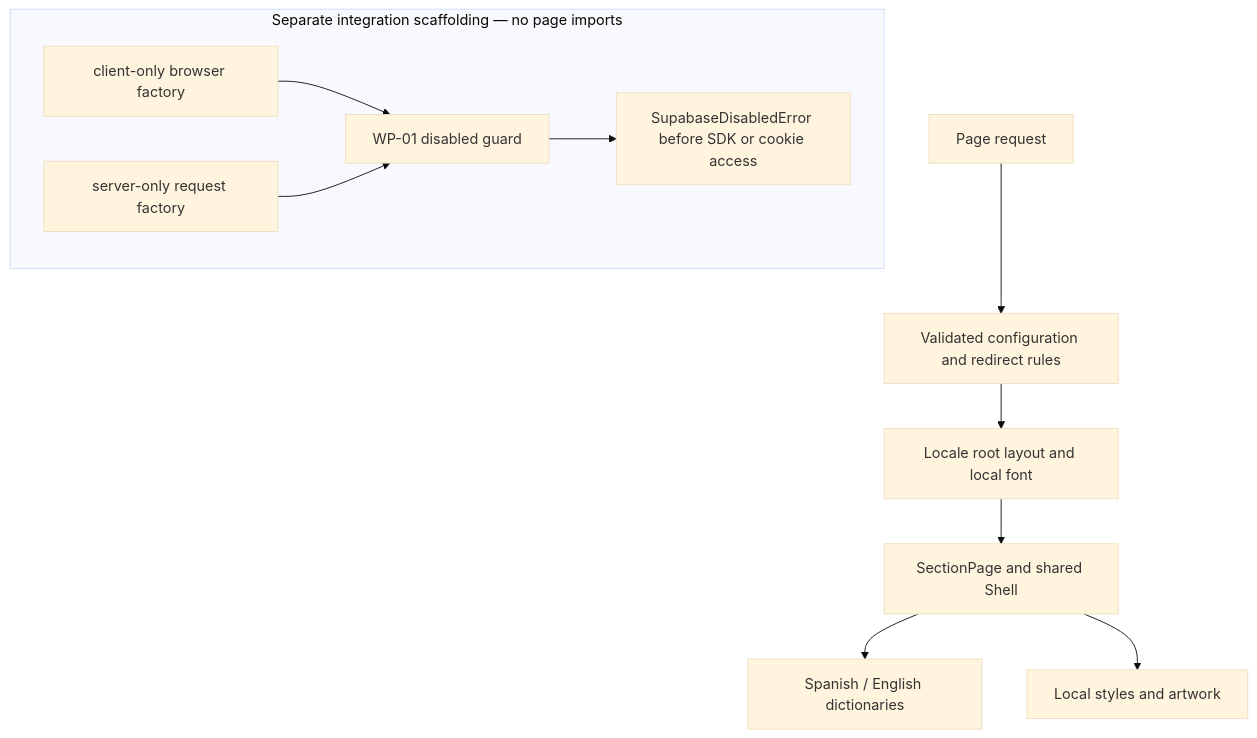
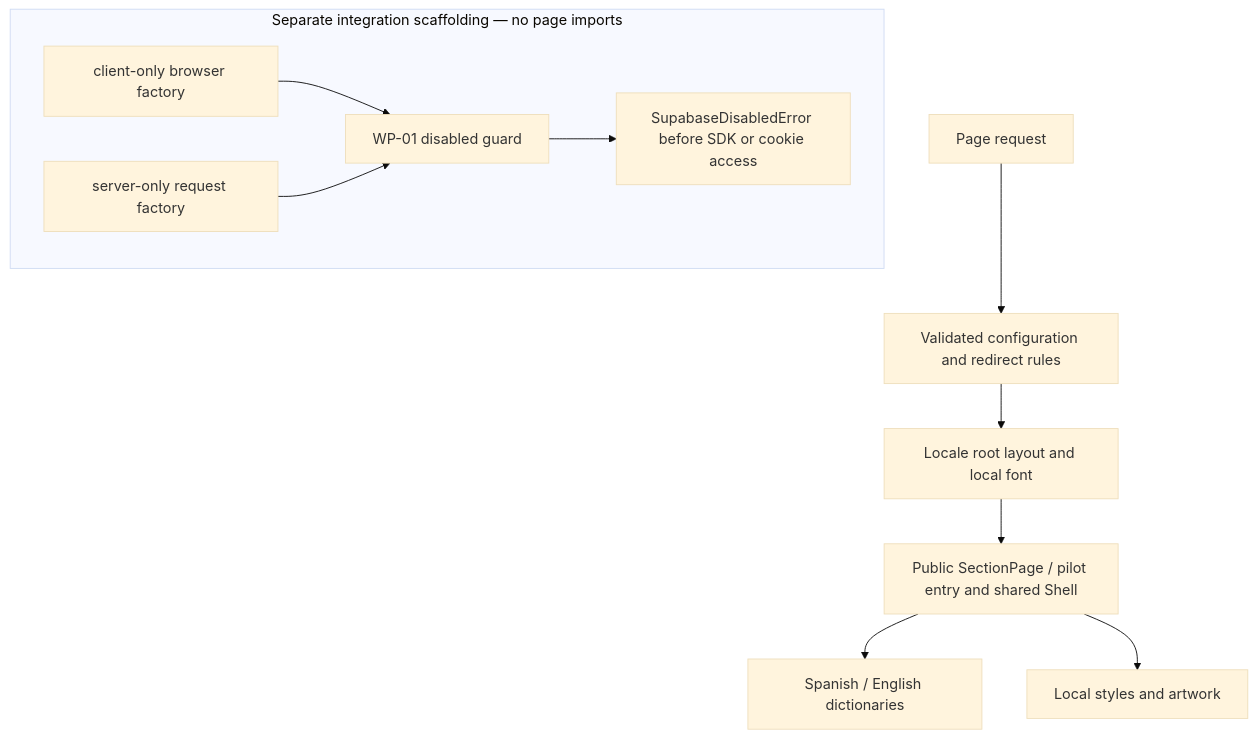
Before and after one commit to toniqbranco/ggs-platform: the diagram in docs/architecture.md, drawn with Mermaid (base theme). The commit also changed other lines of this file and 24 other files, not shown here.

Commit message:
feat: model closed-pilot access and add disconnected entry screens

````diff
--- a/docs/architecture.md
+++ b/docs/architecture.md
@@ -23,13 +23,13 @@
 ```mermaid
 flowchart TD
   Request[Page request] --> Config[Validated configuration and redirect rules]
   Config --> Layout[Locale root layout and local font]
-  Layout --> Page[SectionPage and shared Shell]
+  Layout --> Page[Public SectionPage / pilot entry and shared Shell]
   Page --> Copy[Spanish / English dictionaries]
   Page --> Assets[Local styles and artwork]
   subgraph Offline[Separate integration scaffolding — no page imports]
     Browser[client-only browser factory] --> Guard[WP-01 disabled guard]
     Server[server-only request factory] --> Guard
     Guard --> Error[SupabaseDisabledError before SDK or cookie access]
   end
 ```
````
